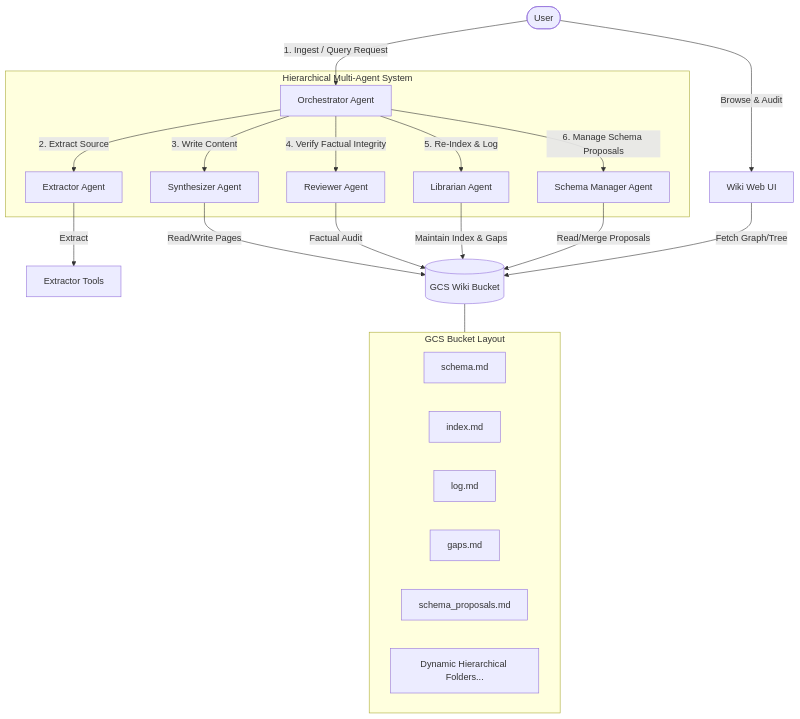
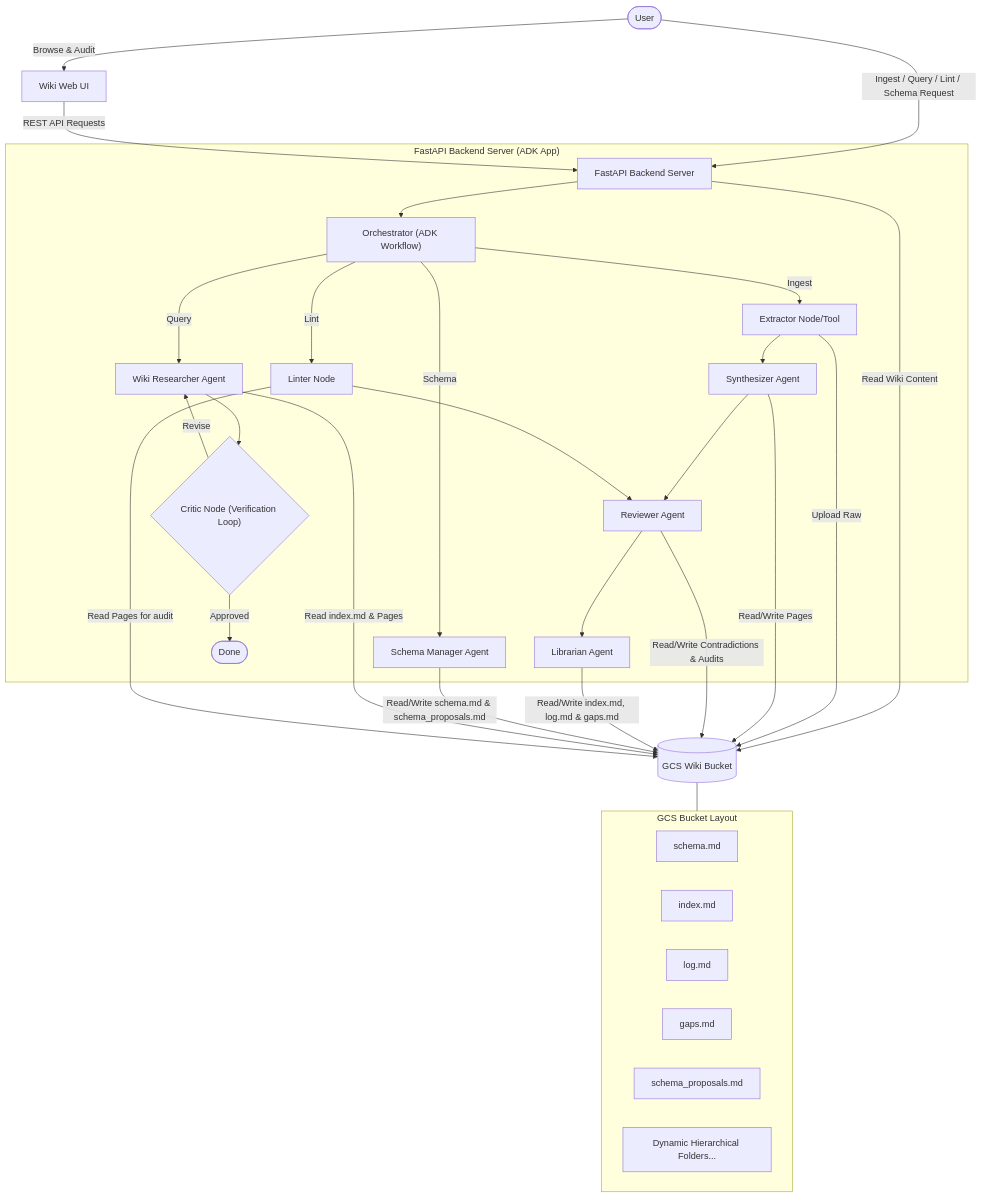
One commit to aagardezi/agentwiki-adk changed the first of 4 diagrams in blogpost.md. Above: the diagram before and after it, drawn with Mermaid. The commit also changed other lines of this file and 2 other files, not shown here.

First line of the commit message:
Update blogpost.md and diagrams/ diagram1.mmd & diagram4.mmd to reflect the verification critic loop and dynamic skills system

````diff
--- a/blogpost.md
+++ b/blogpost.md
@@ -42,32 +43,46 @@
 ```mermaid
 graph TD
-    User([User]) -->|1. Ingest / Query Request| Orch[Orchestrator Agent]
-    User -->|Browse & Audit| UI[Wiki Web UI]
+    User([User]) -->|Browse & Audit| UI["Wiki Web UI"]
+    User -->|Ingest / Query / Lint / Schema Request| Server["FastAPI Backend Server"]
 
-    subgraph multi_agent ["Hierarchical Multi-Agent System"]
-        Orch -->|2. Extract Source| Ext[Extractor Agent]
-        Orch -->|3. Write Content| Synth[Synthesizer Agent]
-        Orch -->|4. Verify Factual Integrity| Rev[Reviewer Agent]
-        Orch -->|5. Re-Index & Log| Lib[Librarian Agent]
-        Orch -->|6. Manage Schema Proposals| SchemaMgr[Schema Manager Agent]
+    UI -->|REST API Requests| Server
+    Server -->|Read Wiki Content| GCS[(GCS Wiki Bucket)]
+
+    subgraph backend ["FastAPI Backend Server (ADK App)"]
+        Server --> Orch["Orchestrator (ADK Workflow)"]
+
+        Orch -->|Ingest| Extractor["Extractor Node/Tool"]
+        Extractor --> Synth["Synthesizer Agent"]
+        Synth --> Rev["Reviewer Agent"]
+        Rev --> Lib["Librarian Agent"]
+
+        Orch -->|Query| Res["Wiki Researcher Agent"]
+        Res --> run_critic{"Critic Node (Verification Loop)"}
+        run_critic -->|Revise| Res
+        run_critic -->|Approved| END([Done])
+
+        Orch -->|Schema| SchemaMgr["Schema Manager Agent"]
+
+        Orch -->|Lint| Linter["Linter Node"]
+        Linter --> Rev
     end
 
-    Ext -->|Extract| ExtTools[Extractor Tools]
-    Synth -->|Read/Write Pages| GCS[(GCS Wiki Bucket)]
-    Rev -->|Factual Audit| GCS
-    Lib -->|Maintain Index & Gaps| GCS
-    SchemaMgr -->|Read/Merge Proposals| GCS
-    
-    UI -->|Fetch Graph/Tree| GCS
+    Extractor -->|Upload Raw| GCS
+    Synth -->|Read/Write Pages| GCS
+    Rev -->|Read/Write Contradictions & Audits| GCS
+    Lib -->|Read/Write index.md, log.md & gaps.md| GCS
+    SchemaMgr -->|Read/Write schema.md & schema_proposals.md| GCS
+    Res -->|Read index.md & Pages| GCS
+    Linter -->|Read Pages for audit| GCS
 
     subgraph gcs_bucket ["GCS Bucket Layout"]
         schema[schema.md]
         index[index.md]
         log[log.md]
         gaps[gaps.md]
         proposals[schema_proposals.md]
         hierarchy[Dynamic Hierarchical Folders...]
     end
 
     GCS --- gcs_bucket
 ```
````
